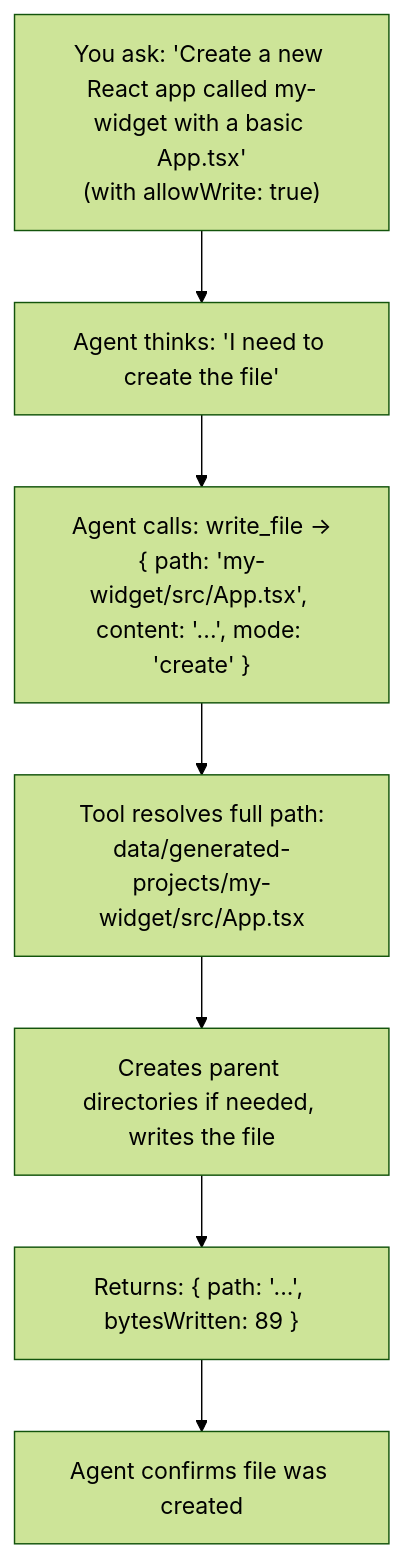
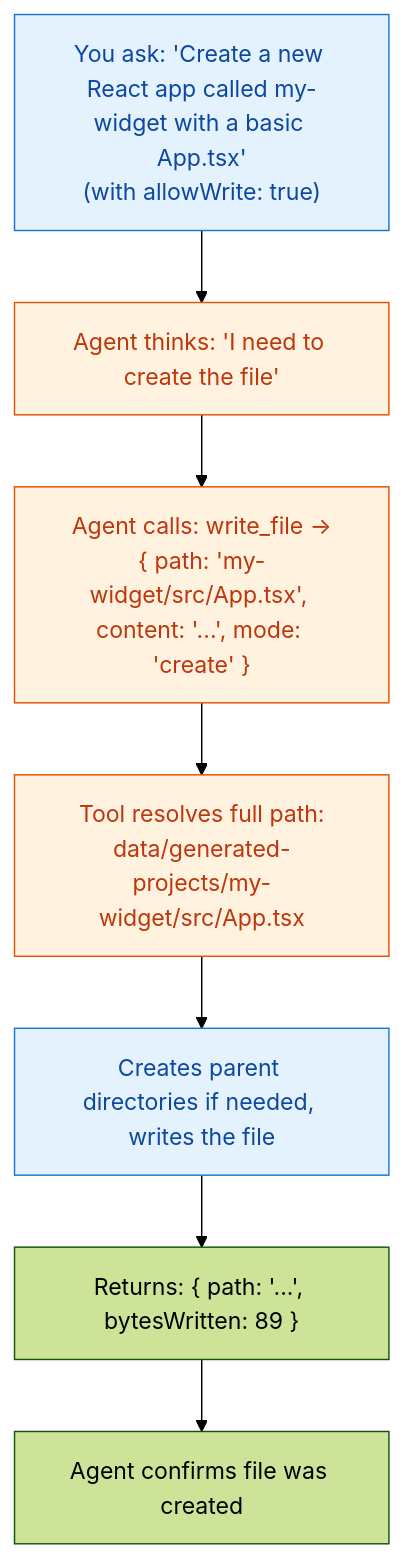
Before and after one commit to Guebbit/AI-coding-assistant: the diagram in docs/packages/tools/write-file.md, drawn with Mermaid (forest theme). The commit also changed 54 other files, not shown here.

First line of the commit message:
docs: add mermaid diagrams to quickstart & ollama-notes, color-code all flowcharts

````diff
--- a/docs/packages/tools/write-file.md
+++ b/docs/packages/tools/write-file.md
@@ -77,10 +77,15 @@
 ```mermaid
 flowchart TD
     A["You ask: 'Create a new React app called my-widget with a basic App.tsx'\n(with allowWrite: true)"]
     A --> B["Agent thinks: 'I need to create the file'"]
     B --> C["Agent calls: write_file →\n{ path: 'my-widget/src/App.tsx', content: '...', mode: 'create' }"]
     C --> D["Tool resolves full path:\ndata/generated-projects/my-widget/src/App.tsx"]
     D --> E["Creates parent directories if needed, writes the file"]
     E --> F["Returns: { path: '...', bytesWritten: 89 }"]
     F --> G["Agent confirms file was created"]
+    style A fill:#e3f2fd,stroke:#1976d2,color:#0d47a1
+    style B fill:#fff3e0,stroke:#e65100,color:#bf360c
+    style C fill:#fff3e0,stroke:#e65100,color:#bf360c
+    style D fill:#fff3e0,stroke:#e65100,color:#bf360c
+    style E fill:#e3f2fd,stroke:#1976d2,color:#0d47a1
 ```
````
